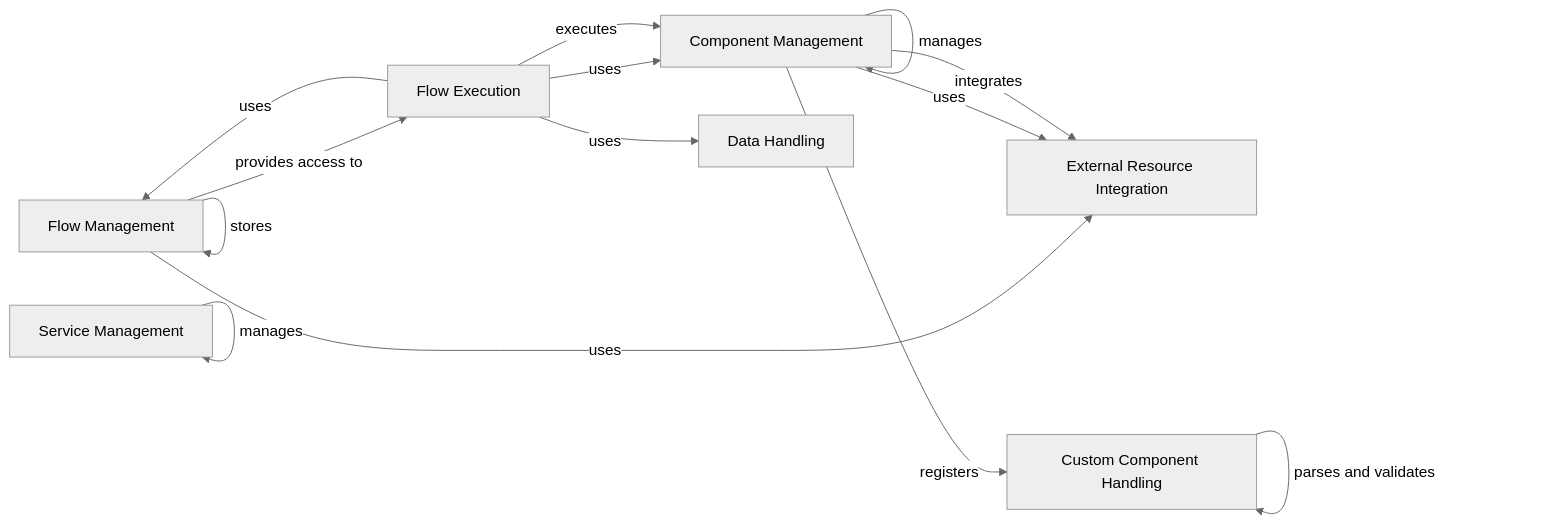
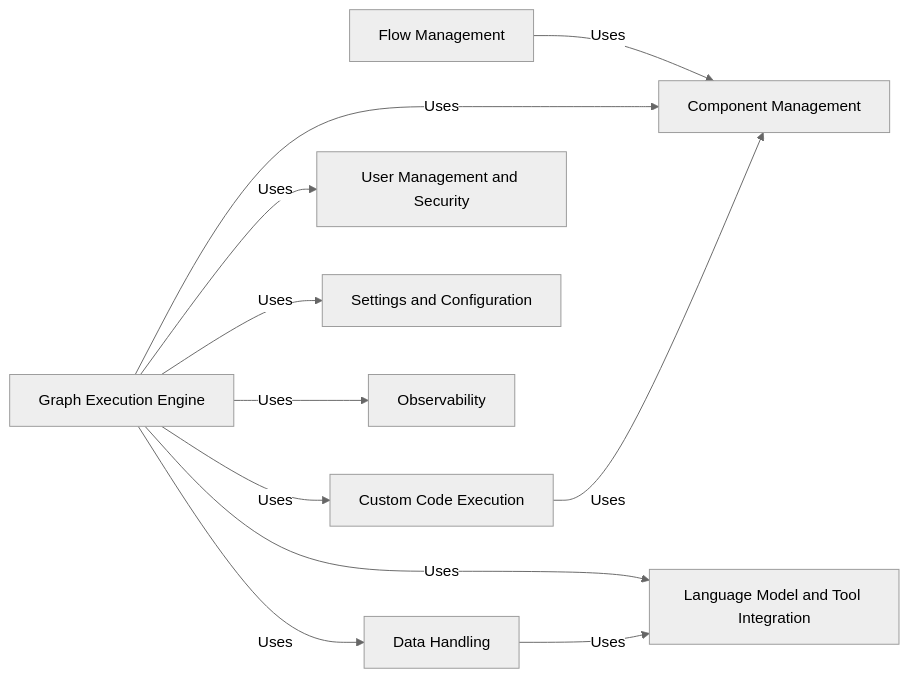
One commit to CodeBoarding/GeneratedOnBoardings changed the diagram in langflow/on_boarding.md. Above: the diagram before and after it, drawn with Mermaid (neutral theme). The commit also changed other lines of this file and 109 other files, not shown here.

````diff
--- a/langflow/on_boarding.md
+++ b/langflow/on_boarding.md
@@ -1,31 +1,31 @@
 ```mermaid
 graph LR
     Flow_Management["Flow Management"]
     Component_Management["Component Management"]
-    Custom_Component_Handling["Custom Component Handling"]
-    Flow_Execution["Flow Execution"]
+    Graph_Execution_Engine["Graph Execution Engine"]
     Data_Handling["Data Handling"]
-    Service_Management["Service Management"]
-    External_Resource_Integration["External Resource Integration"]
-    Flow_Management -- "manages" --> Flow_Management
-    Flow_Management -- "stores" --> Flow_Management
-    Flow_Management -- "provides access to" --> Flow_Execution
-    Component_Management -- "manages" --> Component_Management
-    Component_Management -- "registers" --> Custom_Component_Handling
-    Flow_Execution -- "uses" --> Component_Management
-    Flow_Execution -- "executes" --> Component_Management
-    Flow_Execution -- "uses" --> Data_Handling
-    Custom_Component_Handling -- "parses and validates" --> Custom_Component_Handling
-    Flow_Execution -- "uses" --> Flow_Management
-    Service_Management -- "manages" --> Service_Management
-    Flow_Management -- "uses" --> External_Resource_Integration
-    Component_Management -- "uses" --> External_Resource_Integration
-    Component_Management -- "integrates" --> External_Resource_Integration
+    Language_Model_and_Tool_Integration["Language Model and Tool Integration"]
+    User_Management_and_Security["User Management and Security"]
+    Settings_and_Configuration["Settings and Configuration"]
+    Observability["Observability"]
+    Custom_Code_Execution["Custom Code Execution"]
+    Flow_Management -- "Uses" --> Component_Management
+    Graph_Execution_Engine -- "Uses" --> Component_Management
+    Graph_Execution_Engine -- "Uses" --> Data_Handling
+    Graph_Execution_Engine -- "Uses" --> Language_Model_and_Tool_Integration
+    Graph_Execution_Engine -- "Uses" --> User_Management_and_Security
+    Graph_Execution_Engine -- "Uses" --> Settings_and_Configuration
+    Graph_Execution_Engine -- "Uses" --> Observability
+    Graph_Execution_Engine -- "Uses" --> Custom_Code_Execution
+    Data_Handling -- "Uses" --> Language_Model_and_Tool_Integration
+    Custom_Code_Execution -- "Uses" --> Component_Management
     click Flow_Management href "https://github.com/CodeBoarding/GeneratedOnBoardings/blob/main/langflow/Flow Management.md" "Details"
     click Component_Management href "https://github.com/CodeBoarding/GeneratedOnBoardings/blob/main/langflow/Component Management.md" "Details"
-    click Custom_Component_Handling href "https://github.com/CodeBoarding/GeneratedOnBoardings/blob/main/langflow/Custom Component Handling.md" "Details"
-    click Flow_Execution href "https://github.com/CodeBoarding/GeneratedOnBoardings/blob/main/langflow/Flow Execution.md" "Details"
+    click Graph_Execution_Engine href "https://github.com/CodeBoarding/GeneratedOnBoardings/blob/main/langflow/Graph Execution Engine.md" "Details"
     click Data_Handling href "https://github.com/CodeBoarding/GeneratedOnBoardings/blob/main/langflow/Data Handling.md" "Details"
-    click Service_Management href "https://github.com/CodeBoarding/GeneratedOnBoardings/blob/main/langflow/Service Management.md" "Details"
-    click External_Resource_Integration href "https://github.com/CodeBoarding/GeneratedOnBoardings/blob/main/langflow/External Resource Integration.md" "Details"
+    click Language_Model_and_Tool_Integration href "https://github.com/CodeBoarding/GeneratedOnBoardings/blob/main/langflow/Language Model and Tool Integration.md" "Details"
+    click User_Management_and_Security href "https://github.com/CodeBoarding/GeneratedOnBoardings/blob/main/langflow/User Management and Security.md" "Details"
+    click Settings_and_Configuration href "https://github.com/CodeBoarding/GeneratedOnBoardings/blob/main/langflow/Settings and Configuration.md" "Details"
+    click Observability href "https://github.com/CodeBoarding/GeneratedOnBoardings/blob/main/langflow/Observability.md" "Details"
+    click Custom_Code_Execution href "https://github.com/CodeBoarding/GeneratedOnBoardings/blob/main/langflow/Custom Code Execution.md" "Details"
 ```
````
